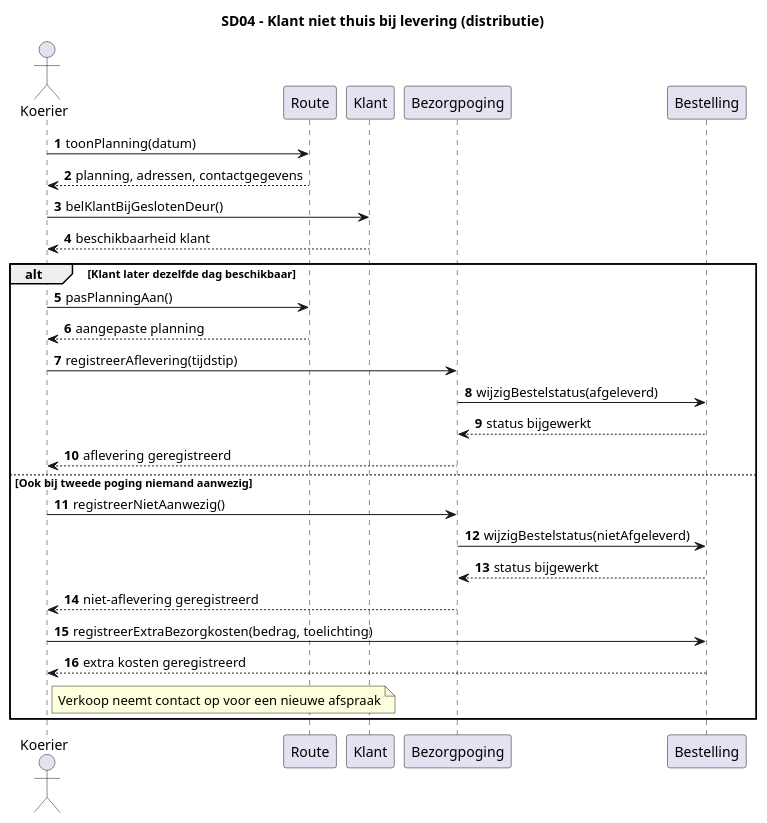
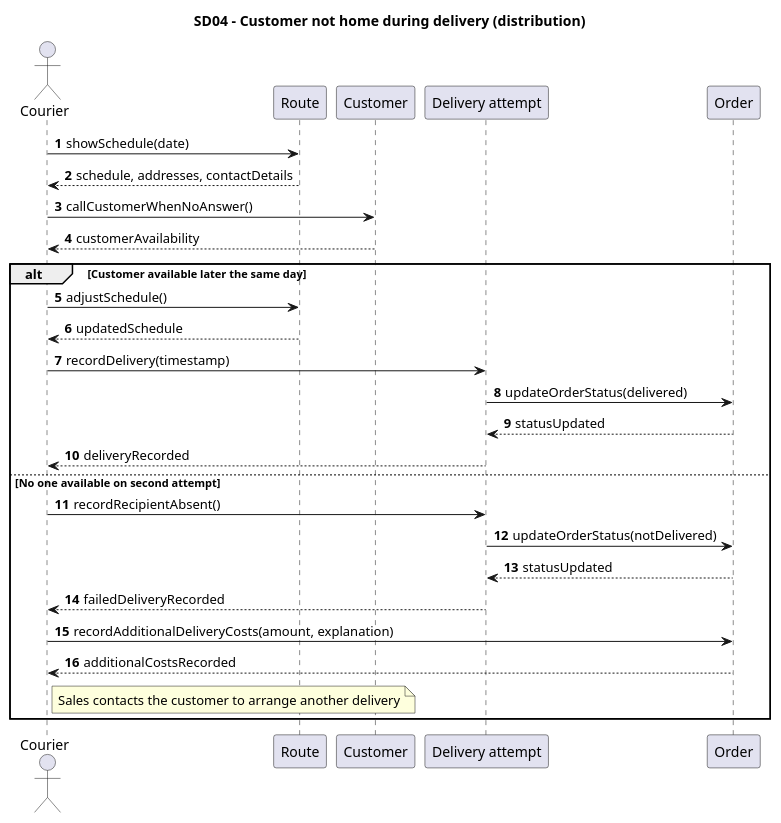
The diagram in Documentation/Architecture/uml/src/sequence_diagrams/SD04_KlantNietThuis.puml (ViktorQorri/Project-Timaflu), drawn with PlantUML before and after one commit. The commit also changed 9 other files, not shown here.

Commit message:
Use English throughout sequence diagrams

```diff
--- a/Documentation/Architecture/uml/src/sequence_diagrams/SD04_KlantNietThuis.puml
+++ b/Documentation/Architecture/uml/src/sequence_diagrams/SD04_KlantNietThuis.puml
@@ -1,30 +1,31 @@
 @startuml
-title SD04 - Klant niet thuis bij levering (distributie)
+title SD04 - Customer not home during delivery (distribution)
 autonumber
-actor "Koerier" as K
+
+actor "Courier" as K
 participant "Route" as R
-participant "Klant" as C
-participant "Bezorgpoging" as D
-participant "Bestelling" as O
+participant "Customer" as C
+participant "Delivery attempt" as D
+participant "Order" as O
 
-K -> R: toonPlanning(datum)
-R --> K: planning, adressen, contactgegevens
-K -> C: belKlantBijGeslotenDeur()
-C --> K: beschikbaarheid klant
-alt Klant later dezelfde dag beschikbaar
-  K -> R: pasPlanningAan()
-  R --> K: aangepaste planning
-  K -> D: registreerAflevering(tijdstip)
-  D -> O: wijzigBestelstatus(afgeleverd)
-  O --> D: status bijgewerkt
-  D --> K: aflevering geregistreerd
-else Ook bij tweede poging niemand aanwezig
-  K -> D: registreerNietAanwezig()
-  D -> O: wijzigBestelstatus(nietAfgeleverd)
-  O --> D: status bijgewerkt
-  D --> K: niet-aflevering geregistreerd
-  K -> O: registreerExtraBezorgkosten(bedrag, toelichting)
-  O --> K: extra kosten geregistreerd
-  note right of K: Verkoop neemt contact op voor een nieuwe afspraak
+K -> R: showSchedule(date)
+R --> K: schedule, addresses, contactDetails
+K -> C: callCustomerWhenNoAnswer()
+C --> K: customerAvailability
+alt Customer available later the same day
+  K -> R: adjustSchedule()
+  R --> K: updatedSchedule
+  K -> D: recordDelivery(timestamp)
+  D -> O: updateOrderStatus(delivered)
+  O --> D: statusUpdated
+  D --> K: deliveryRecorded
+else No one available on second attempt
+  K -> D: recordRecipientAbsent()
+  D -> O: updateOrderStatus(notDelivered)
+  O --> D: statusUpdated
+  D --> K: failedDeliveryRecorded
+  K -> O: recordAdditionalDeliveryCosts(amount, explanation)
+  O --> K: additionalCostsRecorded
+  note right of K: Sales contacts the customer to arrange another delivery
 end
 @enduml
```
